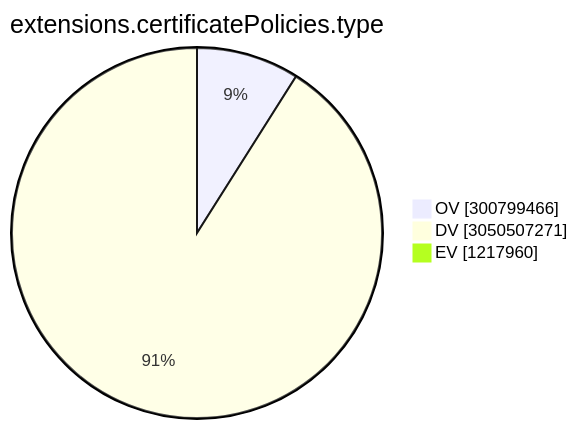
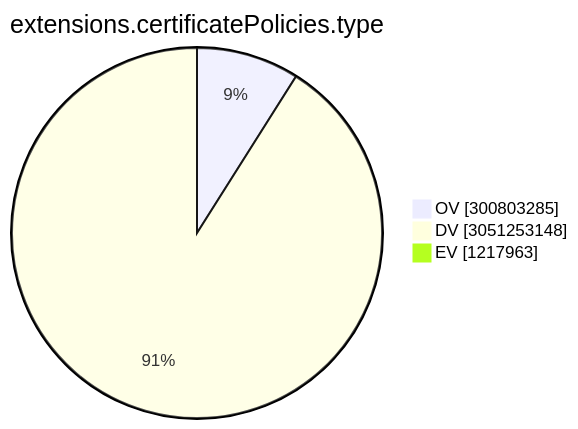
The ninth of 15 diagrams in TOTAL/README.md (christiankrug/ctmonitor_visualization), drawn with Mermaid before and after one commit. The commit also changed other lines of this file, not shown here.

````diff
--- a/TOTAL/README.md
+++ b/TOTAL/README.md
@@ -3102,7 +3102,7 @@
 ```mermaid
 pie showData
 title extensions.certificatePolicies.type
-"OV" :300799466
-"DV" :3050507271
-"EV" :1217960
+"OV" :300803285
+"DV" :3051253148
+"EV" :1217963
 ```
````
